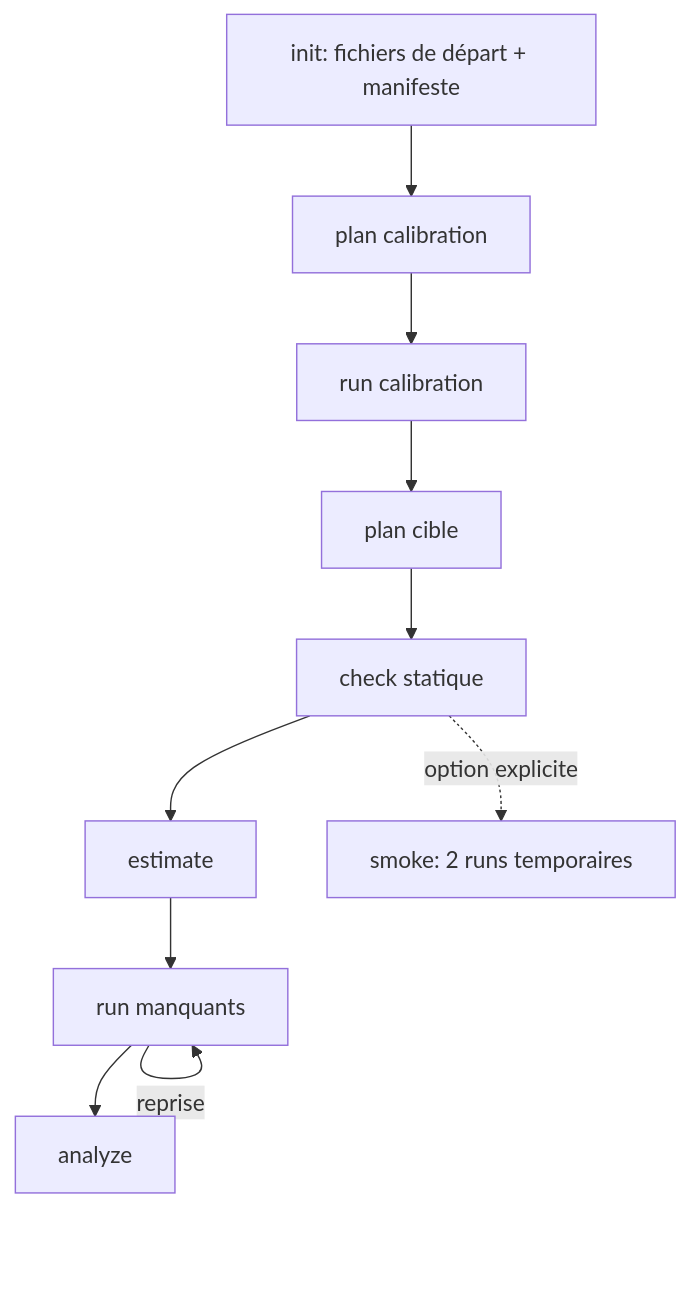
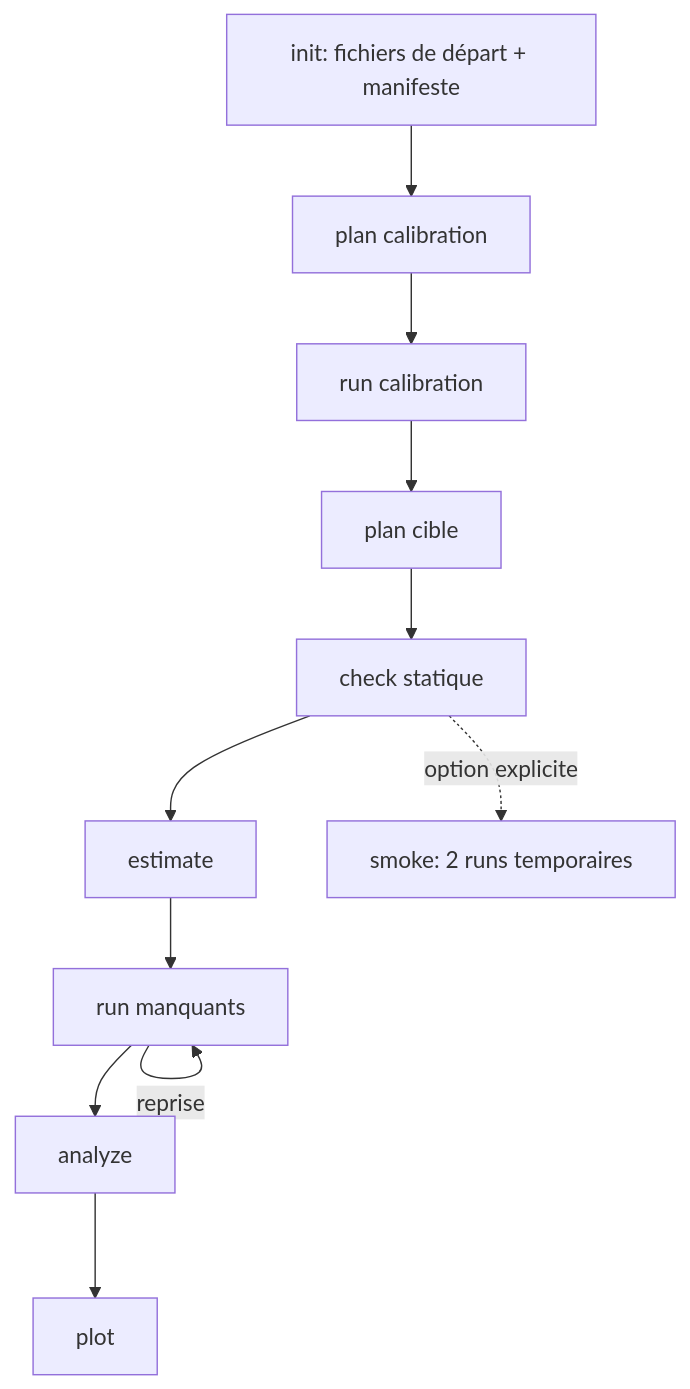
One commit to abdoulrazac/eqasim-sa changed the diagram in docs-fr/workflow-and-results.md. Above: the diagram before and after it, drawn with Mermaid. The commit also changed other lines of this file and 37 other files, not shown here.

````diff
--- a/docs-fr/workflow-and-results.md
+++ b/docs-fr/workflow-and-results.md
@@ -7,12 +7,13 @@
 ```mermaid
 flowchart TD
     I[init: fichiers de départ + manifeste] --> PC[plan calibration]
     PC --> RC[run calibration]
     RC --> PT[plan cible]
     PT --> C[check statique]
     C --> E[estimate]
     E --> R[run manquants]
     R --> A[analyze]
+    A --> P[plot]
     R -->|reprise| R
     C -. option explicite .-> S[smoke: 2 runs temporaires]
 ```
````
